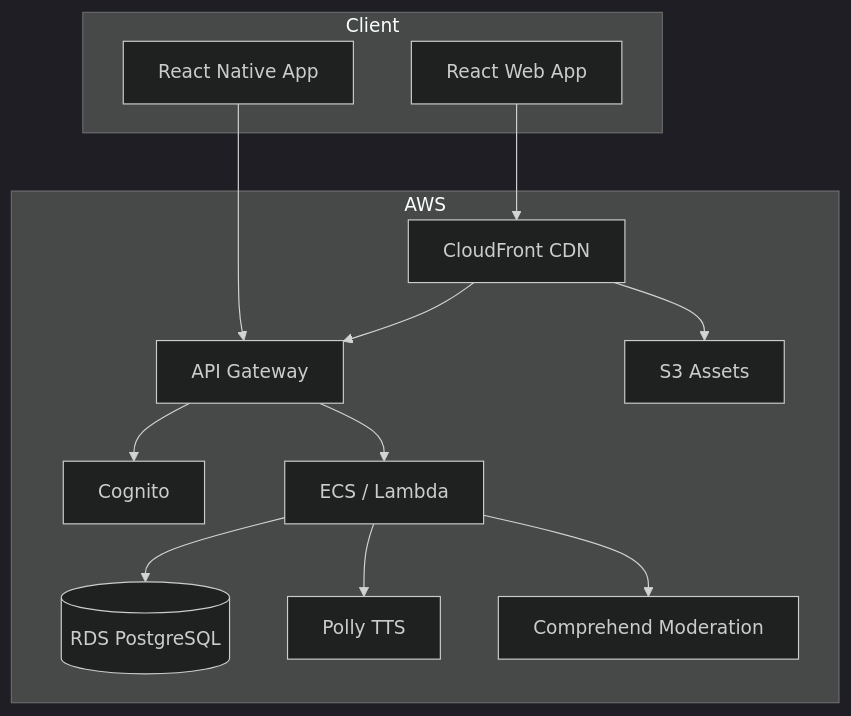
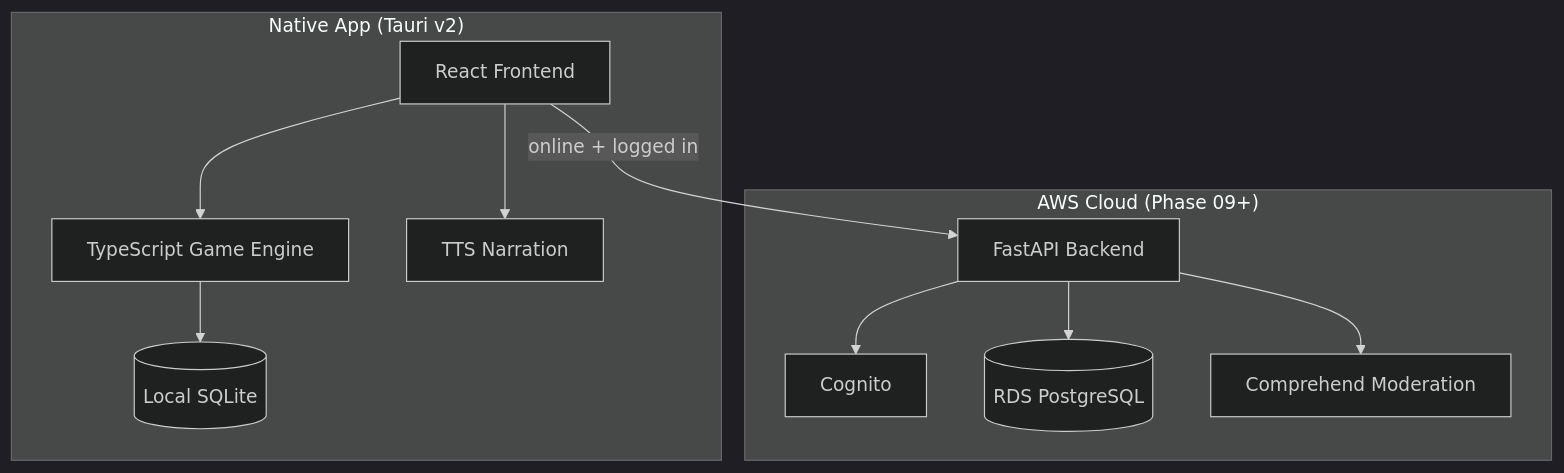
The second of 2 diagrams in docs/ROADMAP.md (threnjen/yourwolf-monorepo), drawn with Mermaid (dark theme) before and after one commit. The commit also changed other lines of this file and 11 other files, not shown here.

````diff
--- a/docs/ROADMAP.md
+++ b/docs/ROADMAP.md
@@ -199,28 +260,25 @@
 ```mermaid
 flowchart TB
-    subgraph Client
-        Web[React Web App]
-        Mobile[React Native App]
+    subgraph NativeApp["Native App (Tauri v2)"]
+        UI[React Frontend]
+        Engine[TypeScript Game Engine]
+        SQLite[(Local SQLite)]
+        TTS[TTS Narration]
     end
     
-    subgraph AWS
-        CDN[CloudFront CDN]
-        API[API Gateway]
+    UI --> Engine
+    Engine --> SQLite
+    UI --> TTS
+    UI -->|"online + logged in"| CloudAPI
+    
+    subgraph AWS["AWS Cloud (Phase 09+)"]
+        CloudAPI[FastAPI Backend]
         Auth[Cognito]
-        Compute[ECS / Lambda]
         DB[(RDS PostgreSQL)]
-        S3[S3 Assets]
-        Polly[Polly TTS]
         Comprehend[Comprehend Moderation]
     end
     
-    Web --> CDN
-    Mobile --> API
-    CDN --> S3
-    CDN --> API
-    API --> Auth
-    API --> Compute
-    Compute --> DB
-    Compute --> Polly
-    Compute --> Comprehend
+    CloudAPI --> Auth
+    CloudAPI --> DB
+    CloudAPI --> Comprehend
 ```
````
